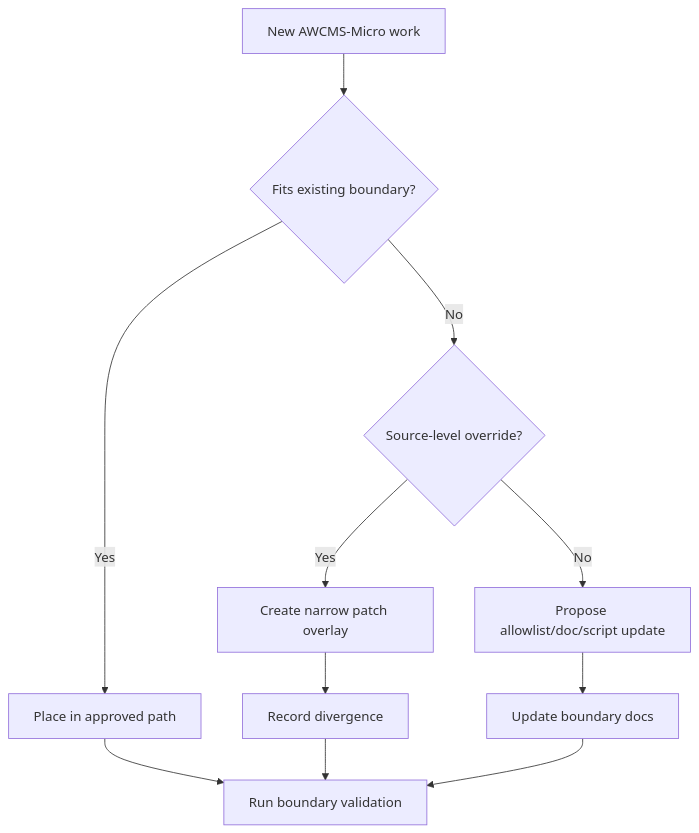
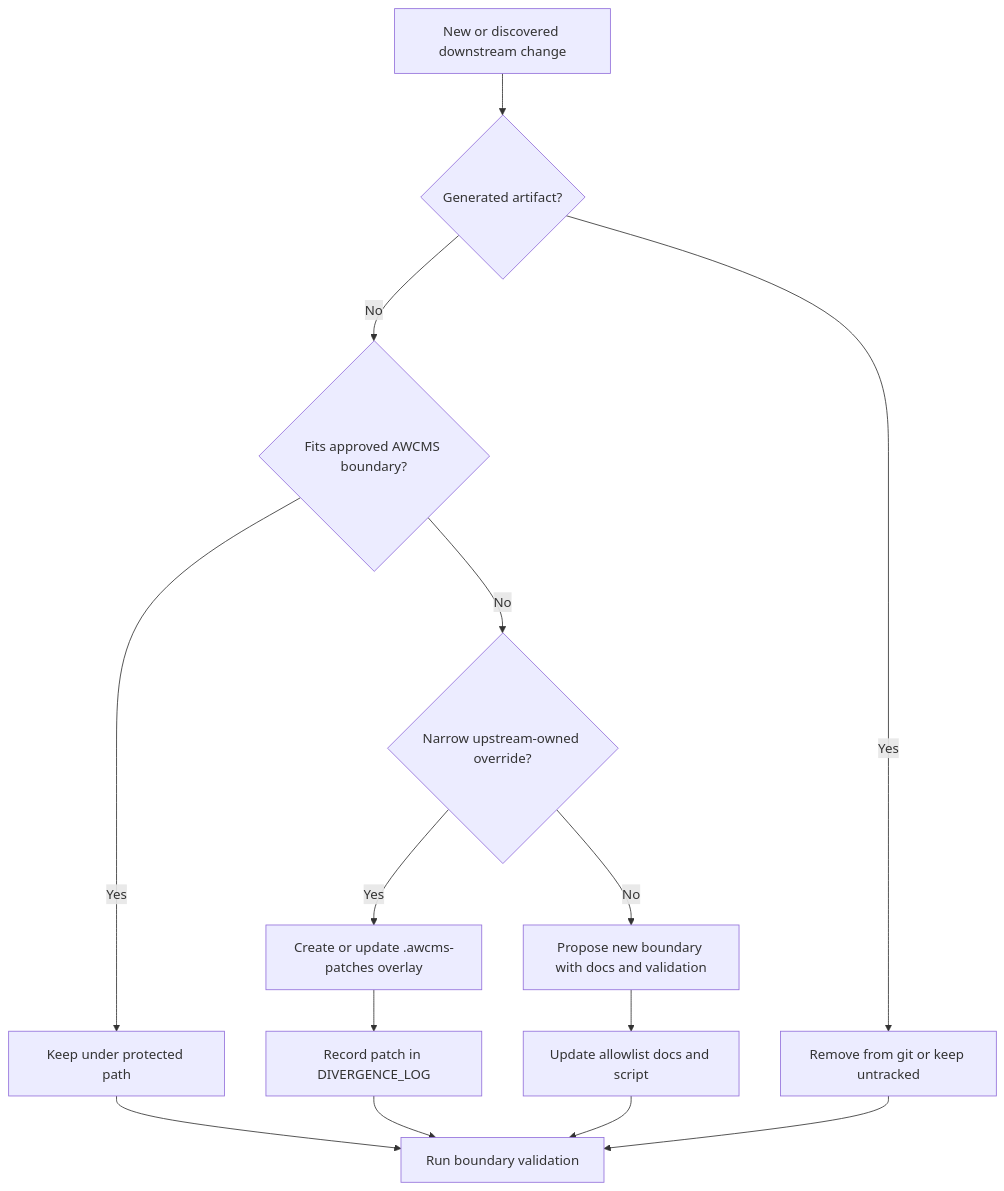
Before and after one commit to ahliweb/awcms-micro: the third of 3 diagrams in docs/awcms-micro-implementation-boundaries.md, drawn with Mermaid. The commit also changed other lines of this file and 29 other files, not shown here.

````diff
--- a/docs/awcms-micro-implementation-boundaries.md
+++ b/docs/awcms-micro-implementation-boundaries.md
@@ -195,13 +203,16 @@
 ```mermaid
 flowchart TD
-  NewWork[New AWCMS-Micro work] --> ExistingBoundary{Fits existing boundary?}
-  ExistingBoundary -->|Yes| Place[Place in approved path]
-  ExistingBoundary -->|No| SourceOverride{Source-level override?}
-  SourceOverride -->|Yes| Patch[Create narrow patch overlay]
-  SourceOverride -->|No| Propose[Propose allowlist/doc/script update]
-  Patch --> Log[Record divergence]
-  Propose --> Docs[Update boundary docs]
-  Place --> Validate[Run boundary validation]
+  NewWork["New or discovered downstream change"] --> Artifact{"Generated artifact?"}
+  Artifact -->|Yes| Discard["Remove from git or keep untracked"]
+  Artifact -->|No| ExistingBoundary{"Fits approved AWCMS boundary?"}
+  ExistingBoundary -->|Yes| Place["Keep under protected path"]
+  ExistingBoundary -->|No| SourceOverride{"Narrow upstream-owned override?"}
+  SourceOverride -->|Yes| Patch["Create or update .awcms-patches overlay"]
+  SourceOverride -->|No| Propose["Propose new boundary with docs and validation"]
+  Patch --> Log["Record patch in DIVERGENCE_LOG"]
+  Propose --> Docs["Update allowlist docs and script"]
+  Place --> Validate["Run boundary validation"]
   Log --> Validate
   Docs --> Validate
+  Discard --> Validate
 ```
````
